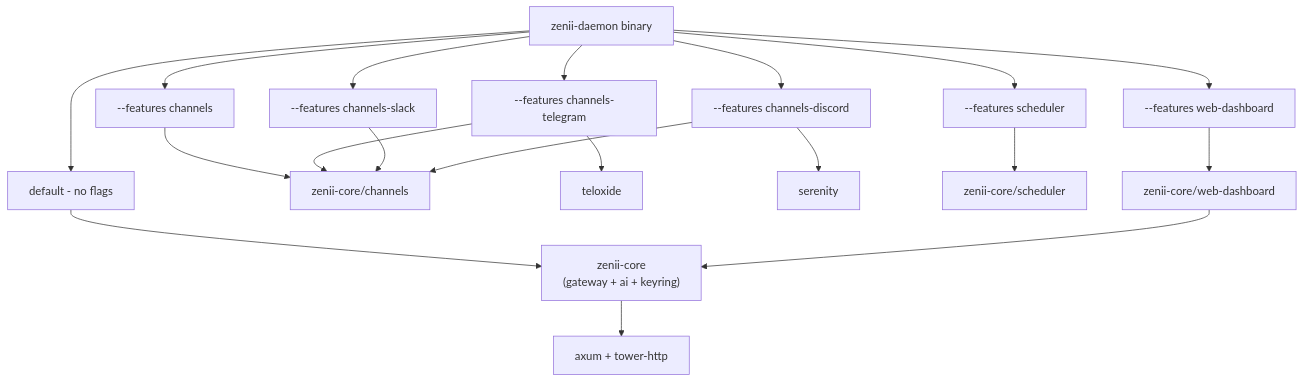
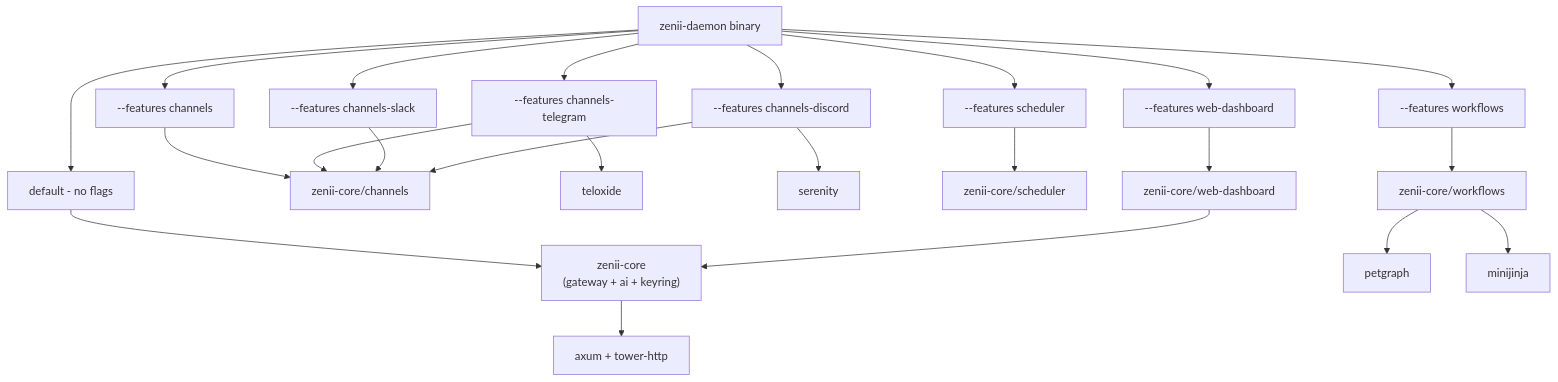
The fourth of 30 diagrams in docs/architecture.md (sprklai/mesoclaw), drawn with Mermaid before and after one commit. The commit also changed other lines of this file and 11 other files, not shown here.

````diff
--- a/docs/architecture.md
+++ b/docs/architecture.md
@@ -275,23 +283,27 @@
 ```mermaid
 graph TD
     Daemon[zenii-daemon binary] --> Default[default - no flags]
     Daemon --> Channels["--features channels"]
     Daemon --> ChTG["--features channels-telegram"]
     Daemon --> ChSL["--features channels-slack"]
     Daemon --> ChDC["--features channels-discord"]
     Daemon --> Scheduler["--features scheduler"]
     Daemon --> Dashboard["--features web-dashboard"]
+    Daemon --> Wkflows["--features workflows"]
 
     Default --> CoreGW["zenii-core<br>#40;gateway + ai + keyring#41;"]
     CoreGW --> Axum[axum + tower-http]
 
     Channels --> CoreCH[zenii-core/channels]
     ChTG --> CoreCH
     ChTG --> Teloxide[teloxide]
     ChSL --> CoreCH
     ChDC --> CoreCH
     ChDC --> Serenity[serenity]
     Scheduler --> CoreSC[zenii-core/scheduler]
     Dashboard --> CoreWD[zenii-core/web-dashboard]
     CoreWD --> CoreGW
+    Wkflows --> CoreWF[zenii-core/workflows]
+    CoreWF --> Petgraph[petgraph]
+    CoreWF --> Minijinja[minijinja]
 ```
````
